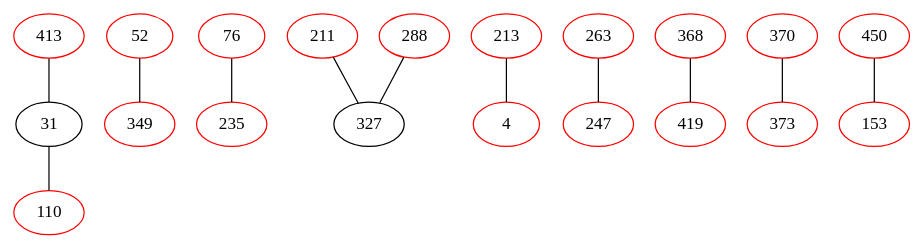
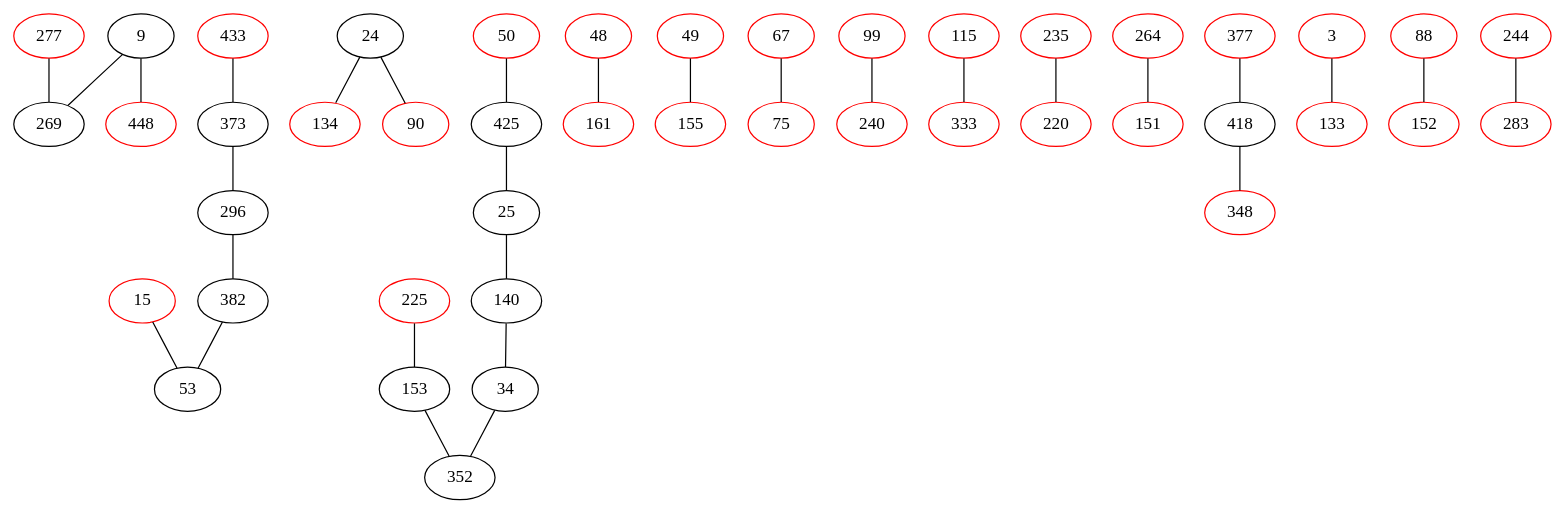
Before and after one commit to AuCson/Genome-Assembly-Implementation: the diagram in external/dbg2olc/StrongCleanedBestOverlapGraph.dot, drawn with Graphviz. The commit also changed 79 other files, not shown here.

```diff
--- a/external/dbg2olc/StrongCleanedBestOverlapGraph.dot
+++ b/external/dbg2olc/StrongCleanedBestOverlapGraph.dot
@@ -1,44 +1,104 @@
 strict graph G {
-31 -- 110;
-52 -- 349;
-76 -- 235;
-110 -- 31;
-211 -- 327;
-213 -- 4;
-235 -- 76;
-263 -- 247;
-288 -- 327;
-327 -- 211;
-349 -- 52;
-368 -- 419;
-370 -- 373;
-413 -- 31;
-450 -- 153;
-4 -- 213;
-31 -- 413;
-153 -- 450;
-247 -- 263;
-327 -- 288;
-373 -- 370;
-419 -- 368;
-4[color=red];
-31
-52[color=red];
-76[color=red];
-110[color=red];
-153[color=red];
-211[color=red];
-213[color=red];
+9 -- 269;
+15 -- 53;
+24 -- 134;
+25 -- 140;
+34 -- 352;
+48 -- 161;
+49 -- 155;
+50 -- 425;
+53 -- 15;
+67 -- 75;
+75 -- 67;
+99 -- 240;
+115 -- 333;
+134 -- 24;
+140 -- 34;
+153 -- 352;
+155 -- 49;
+225 -- 153;
+235 -- 220;
+240 -- 99;
+264 -- 151;
+269 -- 9;
+277 -- 269;
+296 -- 382;
+333 -- 115;
+352 -- 153;
+373 -- 296;
+382 -- 53;
+418 -- 348;
+425 -- 25;
+433 -- 373;
+3 -- 133;
+9 -- 448;
+24 -- 90;
+25 -- 425;
+34 -- 140;
+53 -- 382;
+88 -- 152;
+90 -- 24;
+133 -- 3;
+140 -- 25;
+151 -- 264;
+152 -- 88;
+153 -- 225;
+161 -- 48;
+220 -- 235;
+244 -- 283;
+269 -- 277;
+283 -- 244;
+296 -- 373;
+348 -- 418;
+352 -- 34;
+373 -- 433;
+377 -- 418;
+382 -- 296;
+418 -- 377;
+425 -- 50;
+448 -- 9;
+3[color=red];
+9
+15[color=red];
+24
+25
+34
+48[color=red];
+49[color=red];
+50[color=red];
+53
+67[color=red];
+75[color=red];
+88[color=red];
+90[color=red];
+99[color=red];
+115[color=red];
+133[color=red];
+134[color=red];
+140
+151[color=red];
+152[color=red];
+153
+155[color=red];
+161[color=red];
+220[color=red];
+225[color=red];
 235[color=red];
-247[color=red];
-263[color=red];
-288[color=red];
-327
-349[color=red];
-368[color=red];
-370[color=red];
-373[color=red];
-413[color=red];
-419[color=red];
-450[color=red];
+240[color=red];
+244[color=red];
+264[color=red];
+269
+277[color=red];
+283[color=red];
+296
+333[color=red];
+348[color=red];
+352
+373
+377[color=red];
+382
+418
+425
+433[color=red];
+448[color=red];
 }
```
